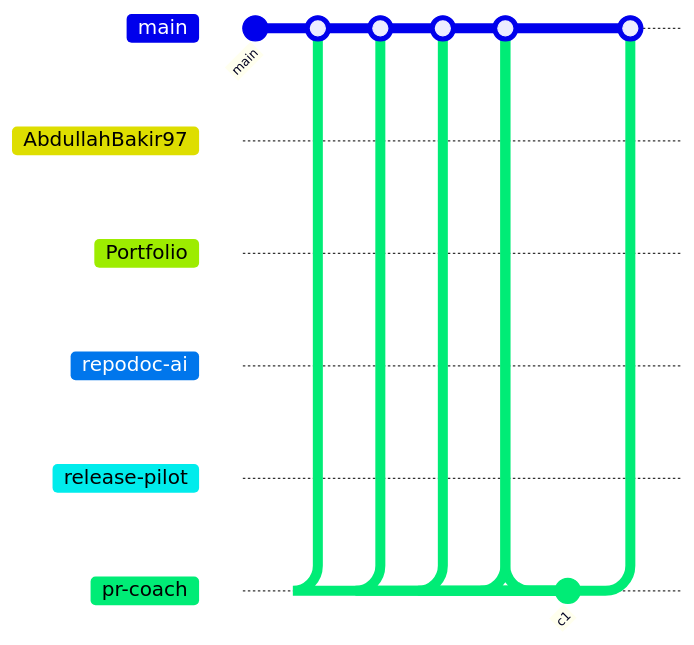
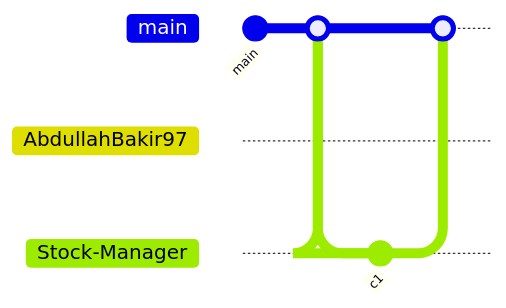
Before and after one commit to AbdullahBakir97/AbdullahBakir97: the diagram in README.md, drawn with Mermaid. The commit also changed other lines of this file and 8 other files, not shown here.

````diff
--- a/README.md
+++ b/README.md
@@ -338,29 +338,14 @@
 ```mermaid
 gitGraph
    commit id: "main"
    branch AbdullahBakir97
    checkout AbdullahBakir97
    commit id: "c1"
    checkout main
    merge AbdullahBakir97
-   branch Portfolio
-   checkout Portfolio
+   branch Stock-Manager
+   checkout Stock-Manager
    commit id: "c1"
    checkout main
-   merge Portfolio
-   branch repodoc-ai
-   checkout repodoc-ai
-   commit id: "c1"
-   checkout main
-   merge repodoc-ai
-   branch release-pilot
-   checkout release-pilot
-   commit id: "c1"
-   checkout main
-   merge release-pilot
-   branch pr-coach
-   checkout pr-coach
-   commit id: "c1"
-   checkout main
-   merge pr-coach
+   merge Stock-Manager
 ```
````
